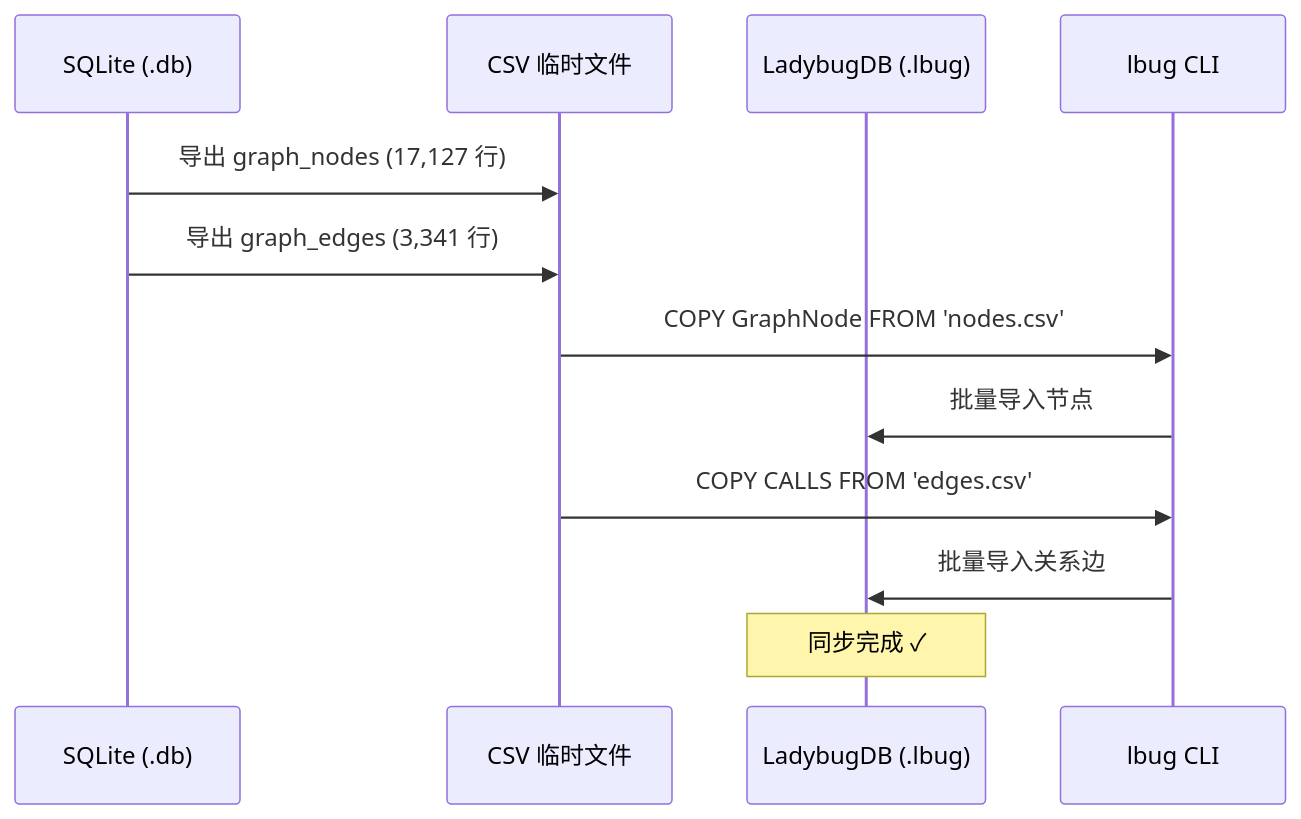
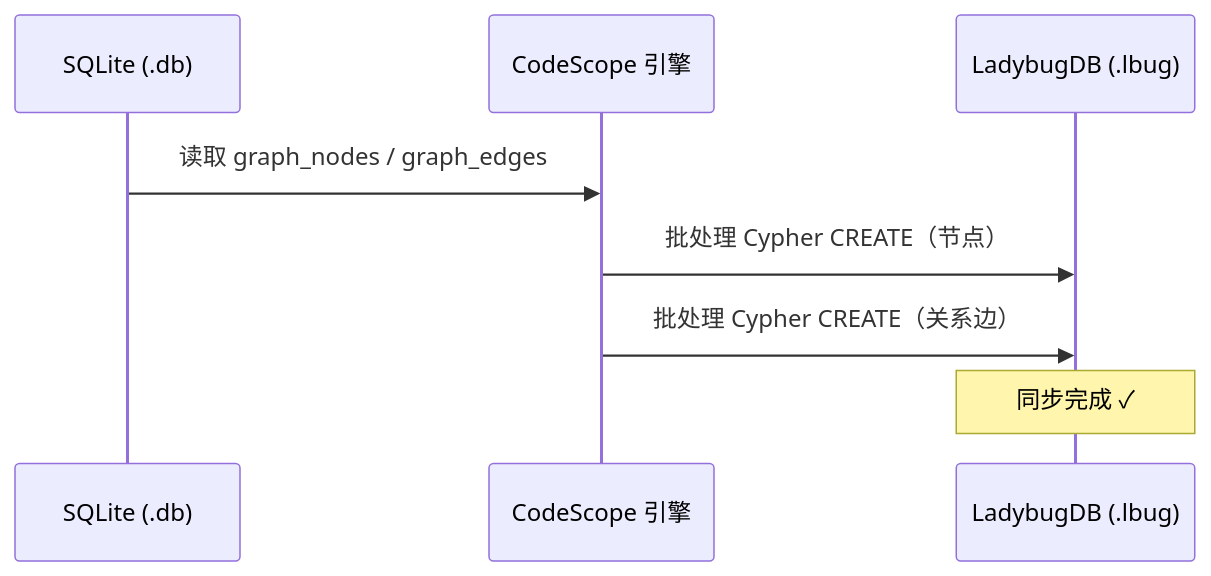
The first of 4 diagrams in docs/zh/ladybugdb_explorer.md (Timwood0x10/CodeScope), drawn with Mermaid before and after one commit. The commit also changed other lines of this file and 5 other files, not shown here.

Commit message:
refactor(store): replace COPY FROM with batched Cypher CREATE for LadybugDB sync

````diff
--- a/docs/zh/ladybugdb_explorer.md
+++ b/docs/zh/ladybugdb_explorer.md
@@ -32,15 +36,11 @@
 ```mermaid
 sequenceDiagram
     participant SQL as SQLite (.db)
-    participant CSV as CSV 临时文件
+    participant ENG as CodeScope 引擎
     participant LBUG as LadybugDB (.lbug)
-    participant CLI as lbug CLI
 
-    SQL->>CSV: 导出 graph_nodes (17,127 行)
-    SQL->>CSV: 导出 graph_edges (3,341 行)
-    CSV->>CLI: COPY GraphNode FROM 'nodes.csv'
-    CLI->>LBUG: 批量导入节点
-    CSV->>CLI: COPY CALLS FROM 'edges.csv'
-    CLI->>LBUG: 批量导入关系边
+    SQL->>ENG: 读取 graph_nodes / graph_edges
+    ENG->>LBUG: 批处理 Cypher CREATE（节点）
+    ENG->>LBUG: 批处理 Cypher CREATE（关系边）
     Note over LBUG: 同步完成 ✓
 ```
````
